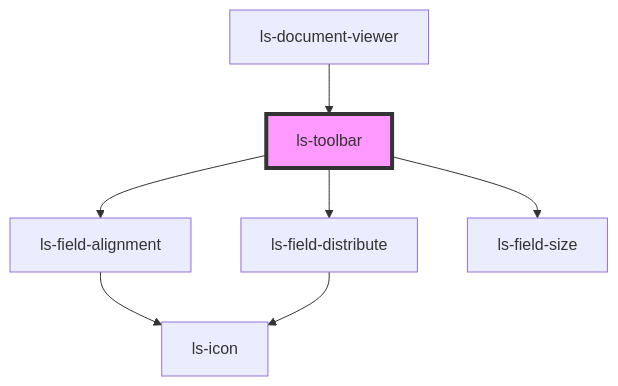
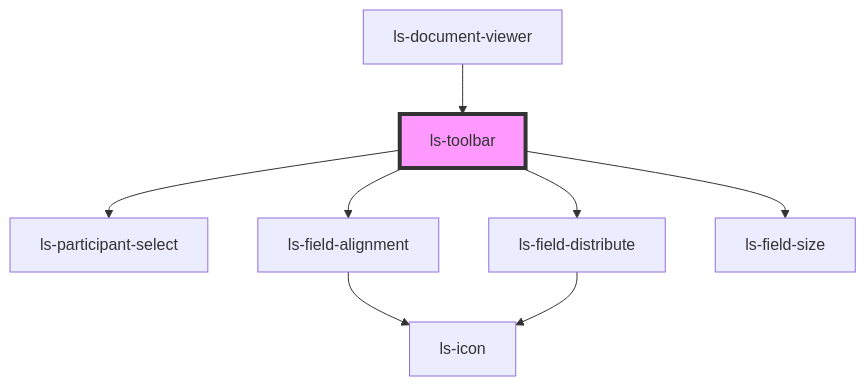
Before and after one commit to legalesign/ls-document-viewer: the diagram in src/components/ls-toolbar/readme.md, drawn with Mermaid. The commit also changed other lines of this file and 52 other files, not shown here.

````diff
--- a/src/components/ls-toolbar/readme.md
+++ b/src/components/ls-toolbar/readme.md
@@ -28,10 +29,11 @@
 ```mermaid
 graph TD;
+  ls-toolbar --> ls-participant-select
   ls-toolbar --> ls-field-alignment
   ls-toolbar --> ls-field-distribute
   ls-toolbar --> ls-field-size
   ls-field-alignment --> ls-icon
   ls-field-distribute --> ls-icon
   ls-document-viewer --> ls-toolbar
   style ls-toolbar fill:#f9f,stroke:#333,stroke-width:4px
 ```
````
